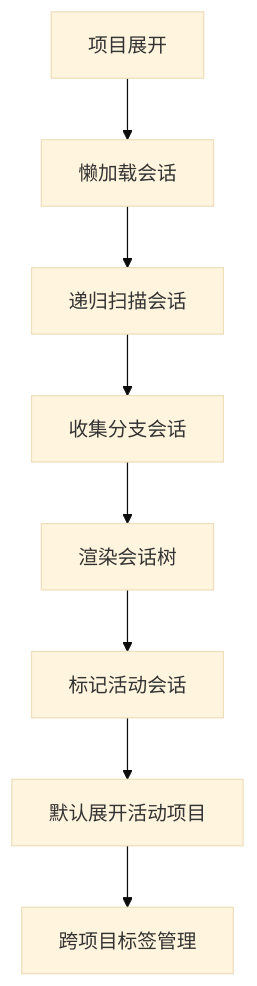
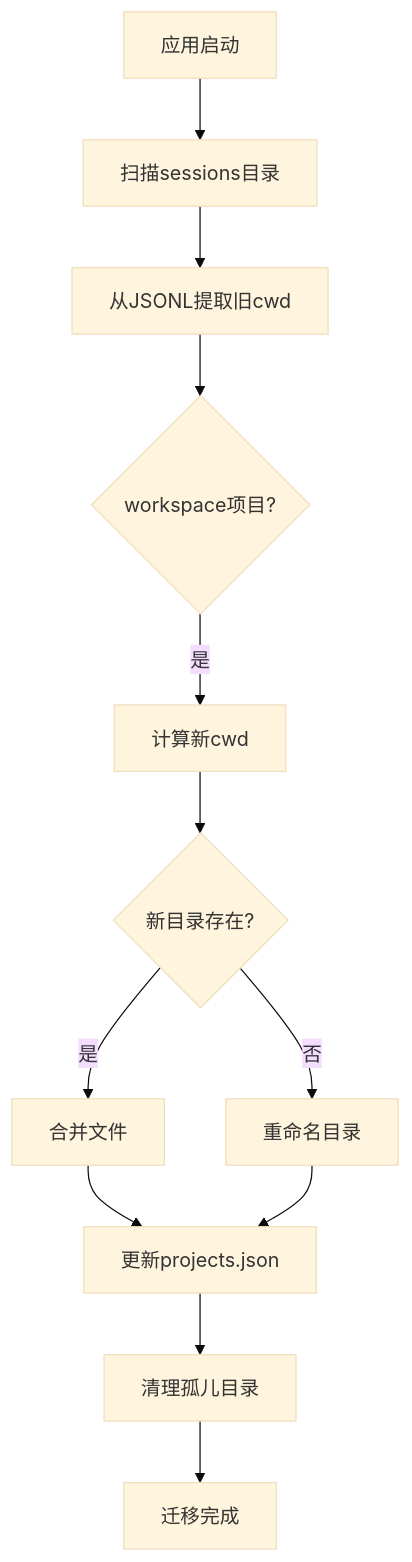
The fourth of 11 diagrams in .qoder/repowiki/zh/content/核心架构/会话管理与上下文恢复.md (swond-Mao/Tiffa), drawn with Mermaid (base theme) before and after one commit. The commit also changed other lines of this file and 25 other files, not shown here.

````diff
--- a/.qoder/repowiki/zh/content/核心架构/会话管理与上下文恢复.md
+++ b/.qoder/repowiki/zh/content/核心架构/会话管理与上下文恢复.md
@@ -217,10 +172,14 @@
 ```mermaid
 flowchart TD
-ProjectExpand["项目展开"] --> LazyLoad["懒加载会话"]
-LazyLoad --> RecursiveScan["递归扫描会话"]
-RecursiveScan --> BranchSessions["收集分支会话"]
-BranchSessions --> RenderTree["渲染会话树"]
-RenderTree --> MarkActive["标记活动会话"]
-MarkActive --> DefaultExpand["默认展开活动项目"]
-DefaultExpand --> GlobalTabs["跨项目标签管理"]
+Startup["应用启动"] --> ScanSessions["扫描sessions目录"]
+ScanSessions --> ExtractOldCwd["从JSONL提取旧cwd"]
+ExtractOldCwd --> CheckWorkspace{"workspace项目?"}
+CheckWorkspace --> |是| CalcNewCwd["计算新cwd"]
+CalcNewCwd --> CheckExists{"新目录存在?"}
+CheckExists --> |是| MergeFiles["合并文件"]
+CheckExists --> |否| RenameDir["重命名目录"]
+MergeFiles --> UpdateProjects["更新projects.json"]
+RenameDir --> UpdateProjects
+UpdateProjects --> Cleanup["清理孤儿目录"]
+Cleanup --> Complete["迁移完成"]
 ```
````
